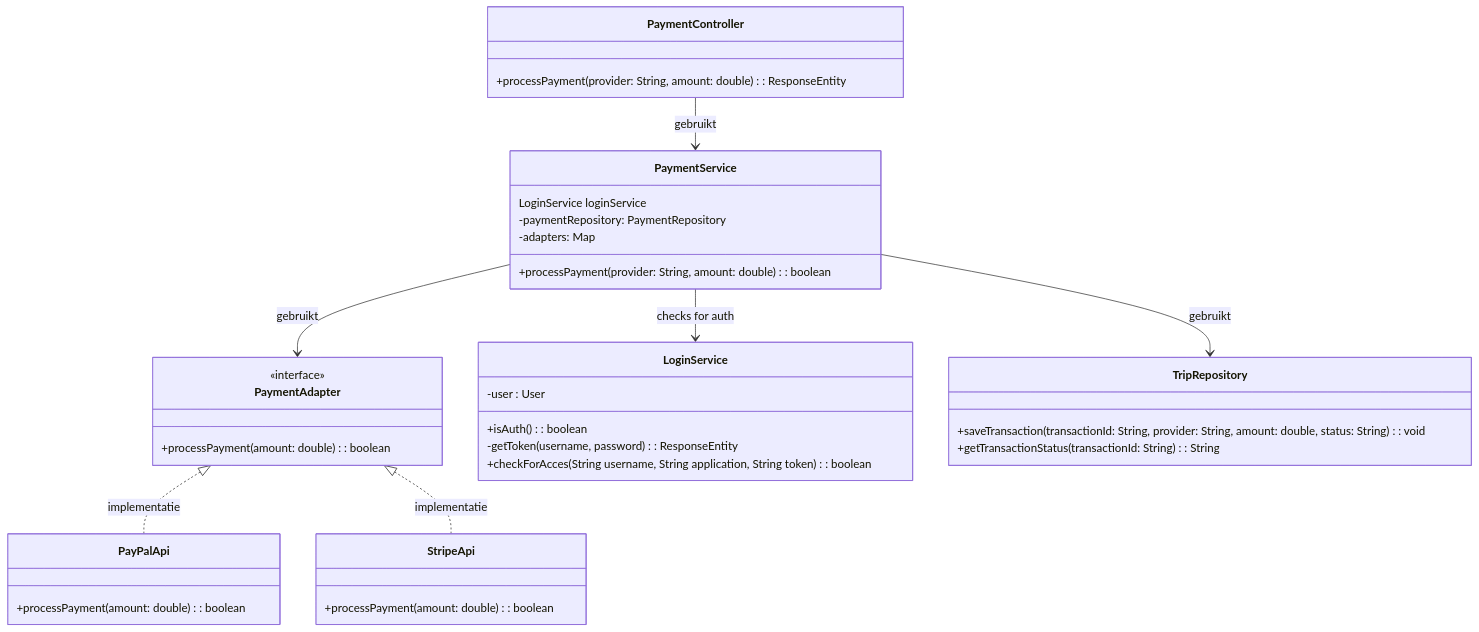
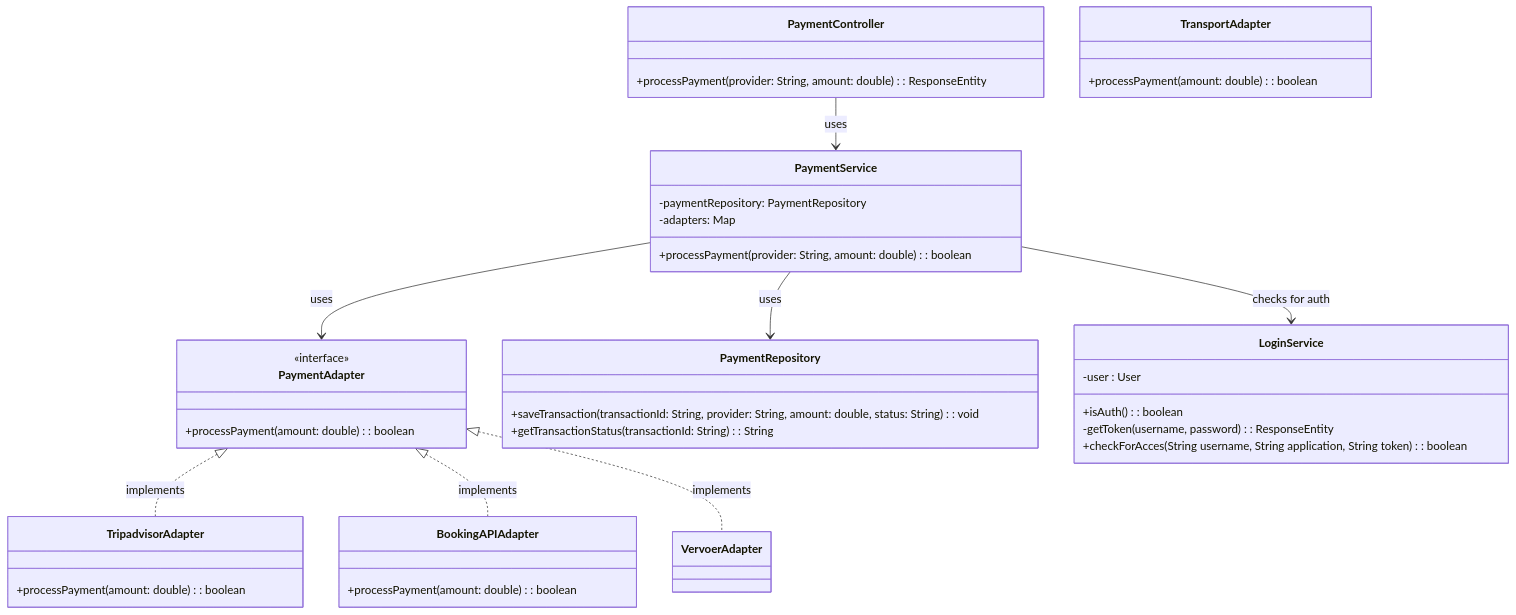
One commit to AIM-ENE-feb25/triptop-inshallahboys changed the second of 3 diagrams in software-guidebook/README.md. Above: the diagram before and after it, drawn with Mermaid. The commit also changed other lines of this file and 2 other files, not shown here.

Commit message:
Engelse taal aanpassingen + SGB

````diff
--- a/software-guidebook/README.md
+++ b/software-guidebook/README.md
@@ -160,48 +160,50 @@
 ```mermaid
 classDiagram
     class PaymentController {
         +processPayment(provider: String, amount: double): ResponseEntity<String>
     }
 
     class PaymentService {
-        LoginService loginService
         +processPayment(provider: String, amount: double): boolean
         -paymentRepository: PaymentRepository
         -adapters: Map<String, PaymentAdapter>
     }
 
     class PaymentAdapter {
         <<interface>>
         +processPayment(amount: double): boolean
     }
 
-    class PayPalApi{
-        +processPayment(amount: double): boolean
-        
-    }
-    
-    class StripeApi{
+    class TripadvisorAdapter {
         +processPayment(amount: double): boolean
     }
 
-    class LoginService{
-    -user : User
-    +isAuth() : boolean
-    -getToken(username, password) : ResponseEntity<String>
-    +checkForAcces(String username, String application, String token) : boolean
+    class BookingAPIAdapter {
+        +processPayment(amount: double): boolean
     }
 
-    class TripRepository {
+    class TransportAdapter {
+        +processPayment(amount: double): boolean
+    }
+
+    class PaymentRepository {
         +saveTransaction(transactionId: String, provider: String, amount: double, status: String): void
         +getTransactionStatus(transactionId: String): String
     }
 
+    class LoginService{
+        -user : User
+        +isAuth() : boolean
+        -getToken(username, password) : ResponseEntity<String>
+        +checkForAcces(String username, String application, String token) : boolean
+    }
+
     %% Relaties tussen de klassen
-    PaymentController --> PaymentService : gebruikt
-    PaymentService --> PaymentAdapter : gebruikt
-    PaymentService --> TripRepository : gebruikt
-    PaymentAdapter <|.. PayPalApi : implementatie
-    PaymentAdapter <|.. StripeApi : implementatie
+    PaymentController --> PaymentService : uses
+    PaymentService --> PaymentAdapter : uses
+    PaymentService --> PaymentRepository : uses
+    PaymentAdapter <|.. TripadvisorAdapter : implements
+    PaymentAdapter <|.. BookingAPIAdapter : implements
+    PaymentAdapter <|.. VervoerAdapter : implements
     PaymentService --> LoginService : checks for auth
-
 ```
````
